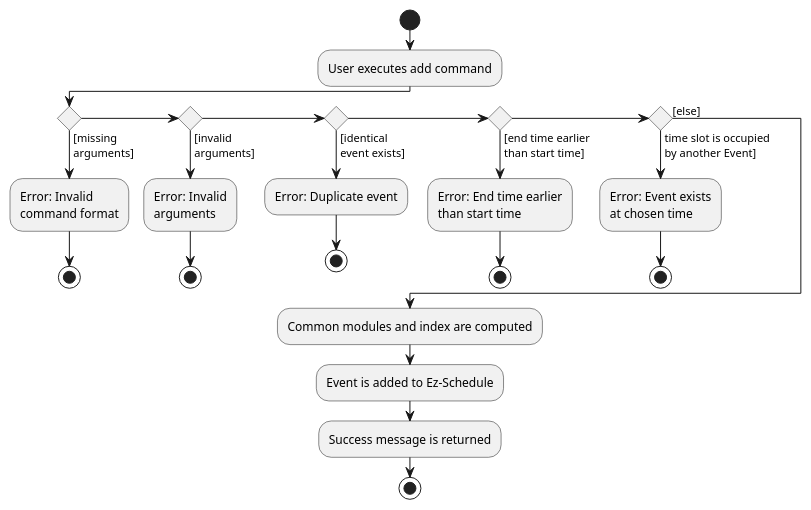
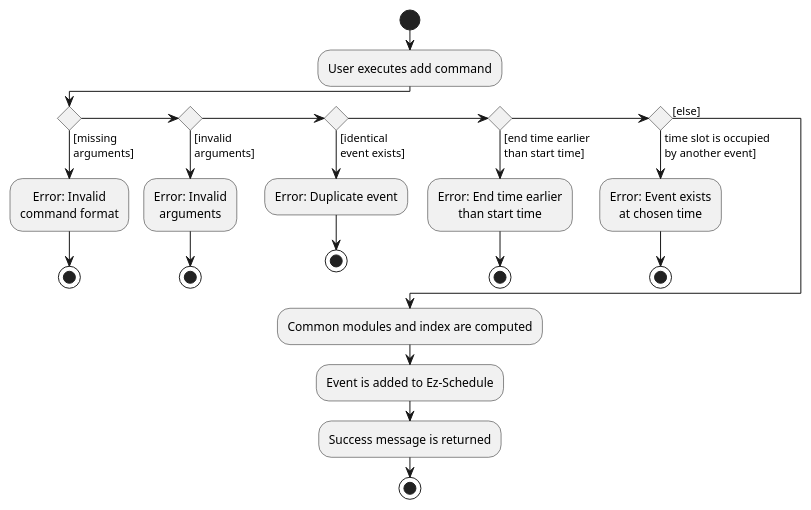
Before and after one commit to nus-cs2103-AY2223S2/tp: the diagram in docs/diagrams/AddCommandActivityDiagram.puml, drawn with PlantUML. The commit also changed 2 other files, not shown here.

Commit message:
Add recur event activtiy diagram

```diff
--- a/docs/diagrams/AddCommandActivityDiagram.puml
+++ b/docs/diagrams/AddCommandActivityDiagram.puml
@@ -1,38 +1,39 @@
 @startuml
+skinparam defaultTextAlignment center
 start
 :User executes add command;
 
 'Since the beta syntax does not support placing the condition outside the
 'diamond we place it as the true branch instead.
 
 if () then ([missing
 arguments])
     :Error: Invalid
     command format;
 stop
 else if () then ([invalid
 arguments])
     :Error: Invalid
     arguments;
 stop
 else if () then ([identical
 event exists])
     :Error: Duplicate event;
 stop
 else if () then ([end time earlier
 than start time])
     :Error: End time earlier
     than start time;
 stop
 else if () then (time slot is occupied
-by another Event])
+by another event])
     :Error: Event exists
     at chosen time;
 stop
 else ([else])
 endif
     :Common modules and index are computed;
     :Event is added to Ez-Schedule;
     :Success message is returned;
 stop
 @enduml
```
